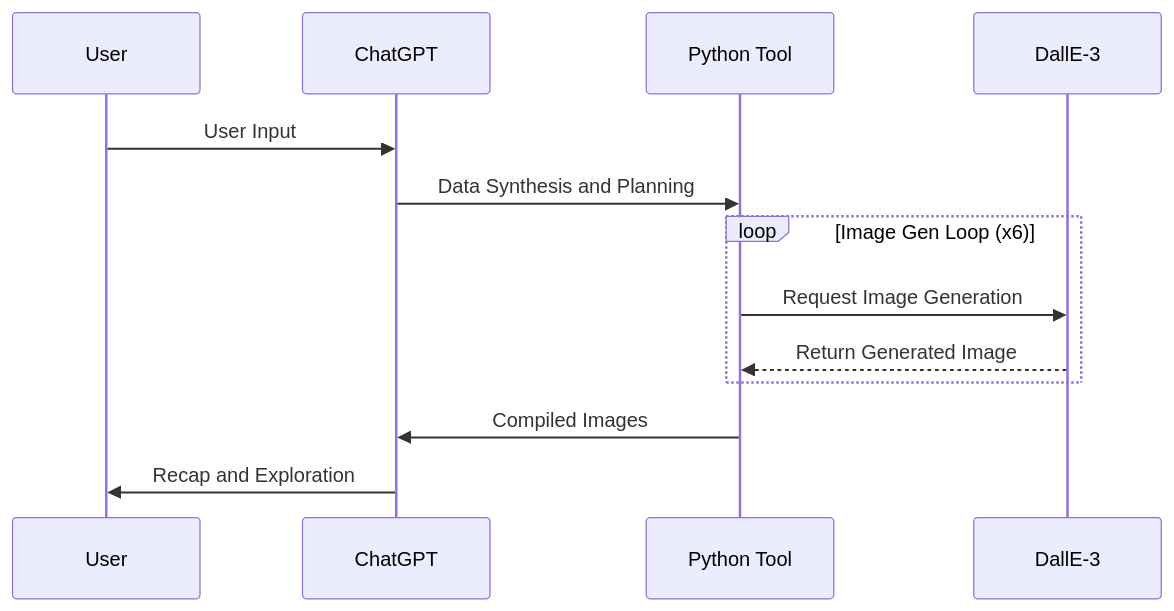
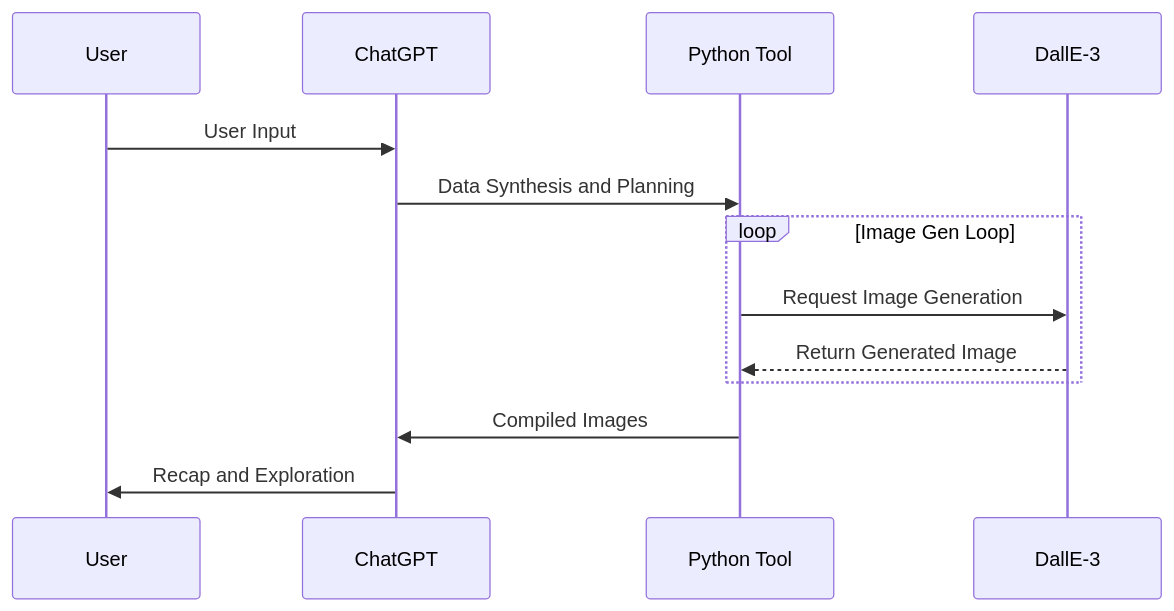
Before and after one commit to nerority/Advanced-GPTs: the eighth of 11 diagrams in README.md, drawn with Mermaid. The commit also changed other lines of this file, not shown here.

````diff
--- a/README.md
+++ b/README.md
@@ -408,16 +408,16 @@
 ```mermaid
 sequenceDiagram
     participant User
     participant ChatGPT
     participant PythonTool as Python Tool
     participant DallE as DallE-3
 
     User->>ChatGPT: User Input
     ChatGPT->>PythonTool: Data Synthesis and Planning
-    loop Image Gen Loop (x6)
+    loop Image Gen Loop
         PythonTool->>DallE: Request Image Generation
         DallE-->>PythonTool: Return Generated Image
     end
     PythonTool->>ChatGPT: Compiled Images
     ChatGPT->>User: Recap and Exploration
 ```
````
